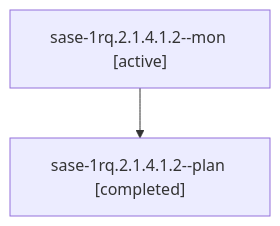
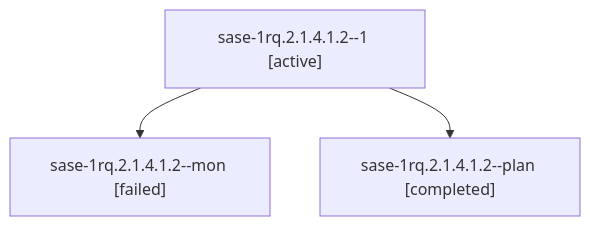
Before and after one commit to sase-org/sase--agents: the diagram in sessions/bbugyi200.athena.sase-1rq.2.1.4.1.2.md, drawn with Mermaid. The commit also changed other lines of this file and 134 other files, not shown here.

````diff
--- a/sessions/bbugyi200.athena.sase-1rq.2.1.4.1.2.md
+++ b/sessions/bbugyi200.athena.sase-1rq.2.1.4.1.2.md
@@ -9,6 +9,8 @@
 ```mermaid
 flowchart TD
-  n0["sase-1rq.2.1.4.1.2--mon [active]"]
-  n1["sase-1rq.2.1.4.1.2--plan [completed]"]
+  n0["sase-1rq.2.1.4.1.2--1 [active]"]
+  n1["sase-1rq.2.1.4.1.2--mon [failed]"]
   n0 --> n1
+  n2["sase-1rq.2.1.4.1.2--plan [completed]"]
+  n0 --> n2
 ```
````
